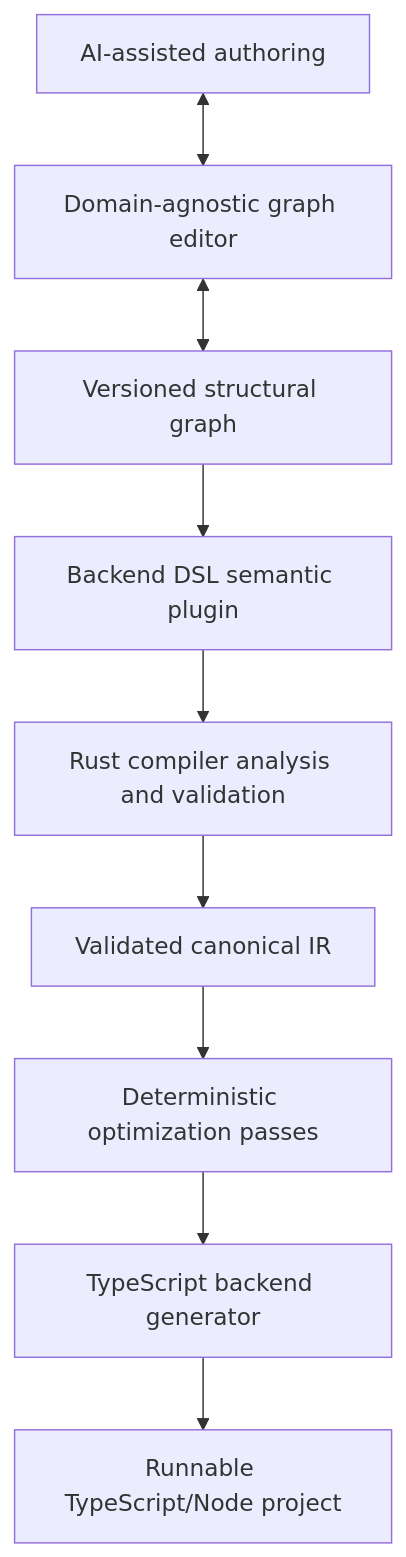
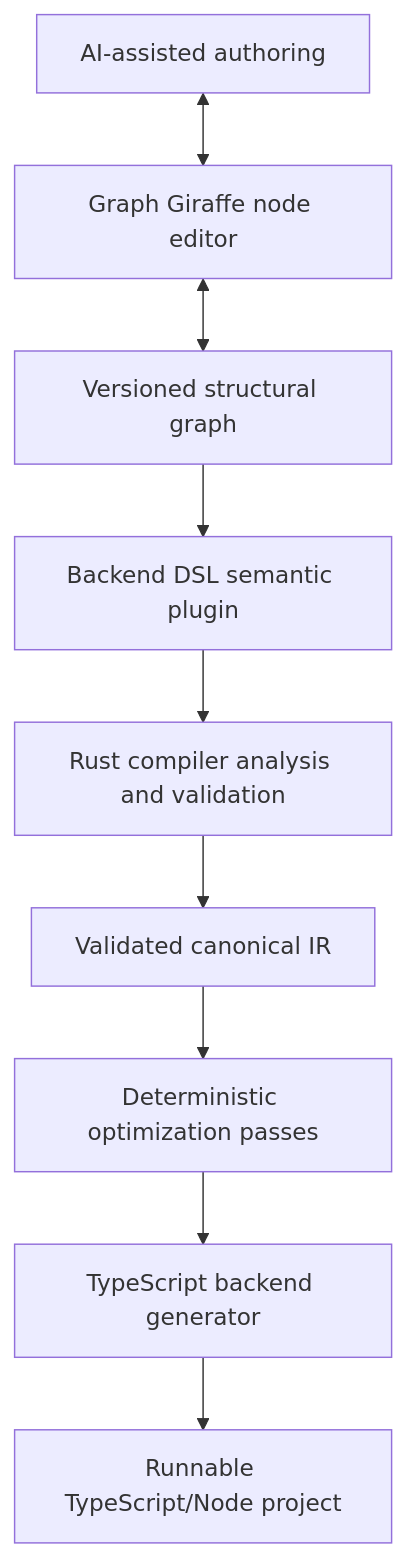
One commit to krunt-labs/core changed the diagram in README.md. Above: the diagram before and after it, drawn with Mermaid. The commit also changed other lines of this file and 10 other files, not shown here.

````diff
--- a/README.md
+++ b/README.md
@@ -25,11 +25,11 @@
 ```mermaid
 flowchart TB
-    AI[AI-assisted authoring] <--> Editor[Domain-agnostic graph editor]
+    AI[AI-assisted authoring] <--> Editor[Graph Giraffe node editor]
     Editor <--> Graph[Versioned structural graph]
     Graph --> Semantics[Backend DSL semantic plugin]
     Semantics --> Compiler[Rust compiler analysis and validation]
     Compiler --> IR[Validated canonical IR]
     IR --> Optimize[Deterministic optimization passes]
     Optimize --> Codegen[TypeScript backend generator]
     Codegen --> Output[Runnable TypeScript/Node project]
 ```
````
